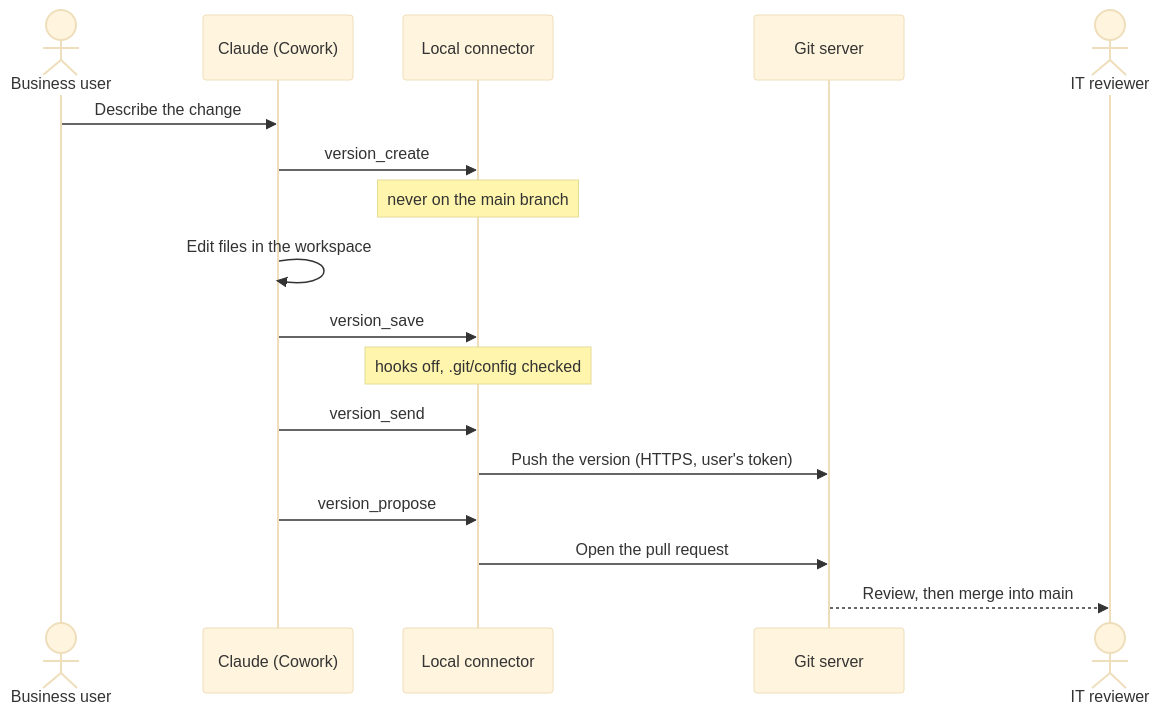
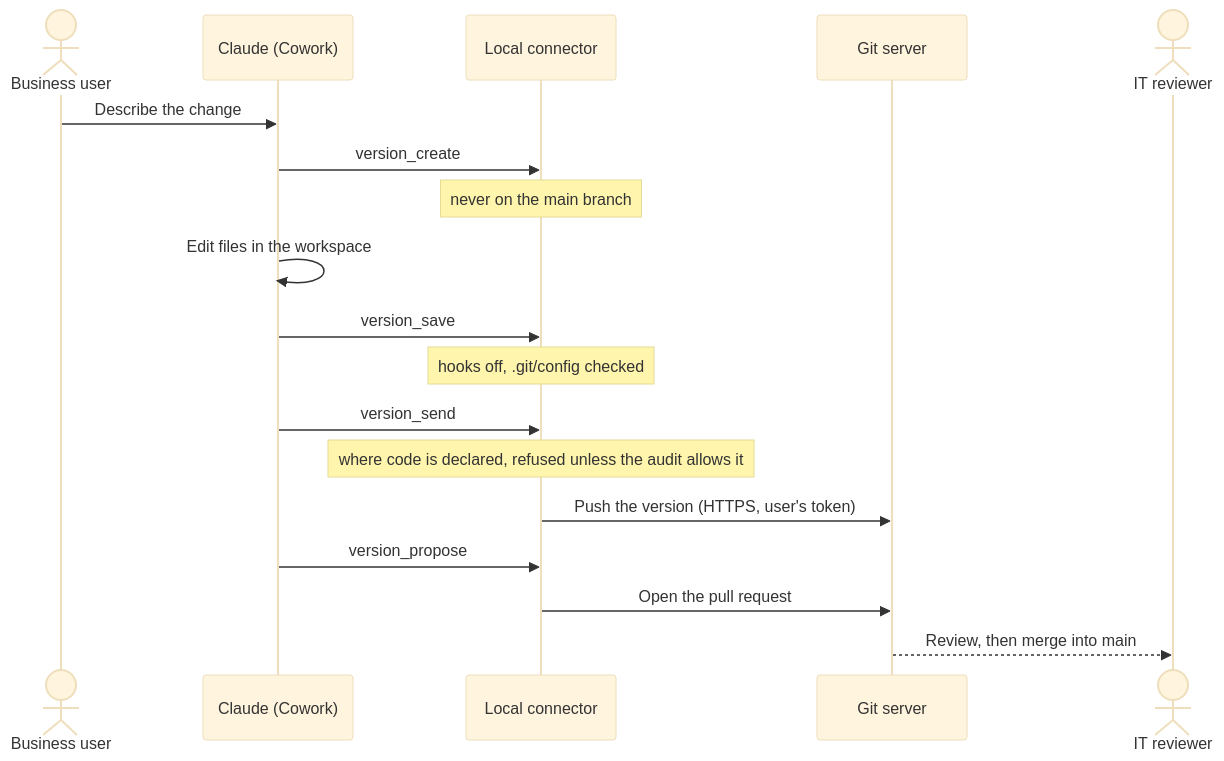
One commit to grojof/eunomai-business changed the second of 4 diagrams in docs/architecture.md. Above: the diagram before and after it, drawn with Mermaid (base theme). The commit also changed 11 other files, not shown here.

````diff
--- a/docs/architecture.md
+++ b/docs/architecture.md
@@ -64,20 +64,21 @@
 ```mermaid
 sequenceDiagram
     actor User as Business user
     participant Claude as Claude (Cowork)
     participant Connector as Local connector
     participant Git as Git server
     actor IT as IT reviewer
 
     User->>Claude: Describe the change
     Claude->>Connector: version_create
     Note over Connector: never on the main branch
     Claude->>Claude: Edit files in the workspace
     Claude->>Connector: version_save
     Note over Connector: hooks off, .git/config checked
     Claude->>Connector: version_send
+    Note over Connector: where code is declared, refused unless the audit allows it
     Connector->>Git: Push the version (HTTPS, user's token)
     Claude->>Connector: version_propose
     Connector->>Git: Open the pull request
     Git-->>IT: Review, then merge into main
 ```
````
